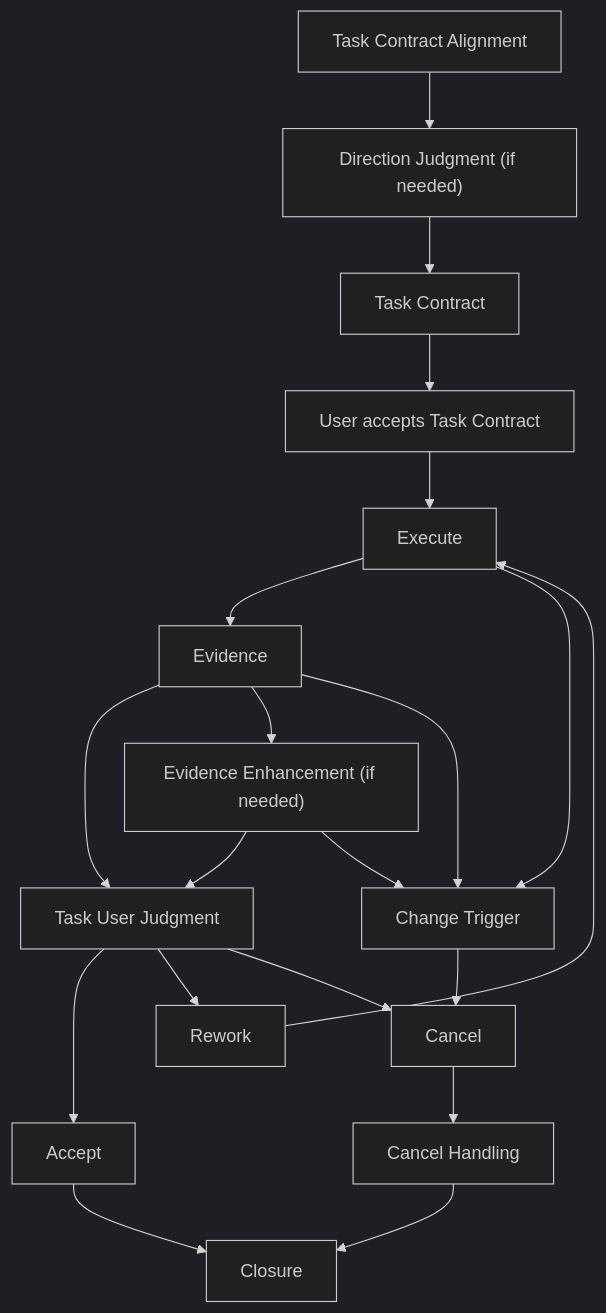
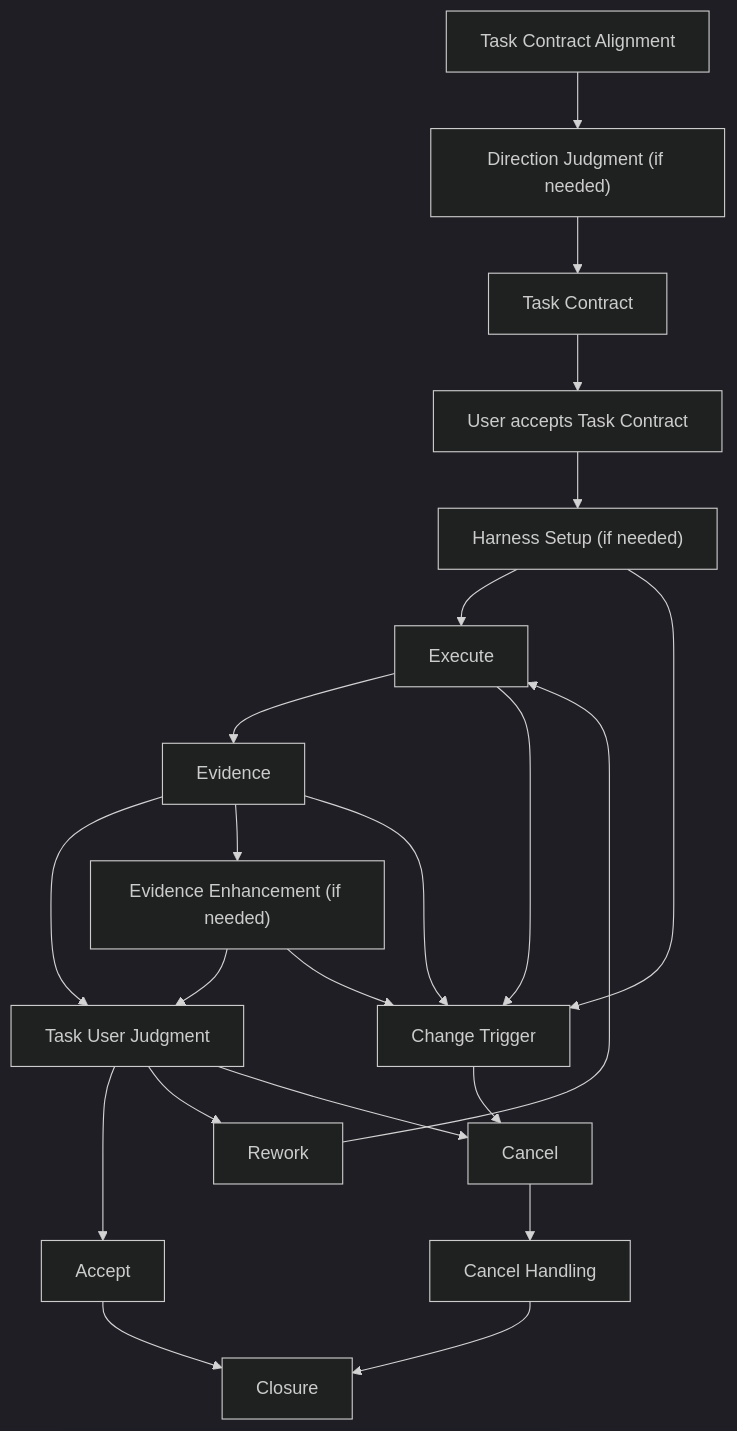
One commit to choam2426/Geas changed the diagram in docs/workflow/task.md. Above: the diagram before and after it, drawn with Mermaid (dark theme). The commit also changed other lines of this file and 5 other files, not shown here.

Commit message:
Add harness setup workflow

````diff
--- a/docs/workflow/task.md
+++ b/docs/workflow/task.md
@@ -36,26 +39,28 @@
 ```mermaid
 flowchart TD
   align["Task Contract Alignment"] --> direction["Direction Judgment (if needed)"]
   direction --> contract["Task Contract"]
   contract --> contractAccept["User accepts Task Contract"]
-  contractAccept --> execute["Execute"]
+  contractAccept --> harness["Harness Setup (if needed)"]
+  harness --> execute["Execute"]
   execute --> evidence["Evidence"]
   evidence --> judgment["Task User Judgment"]
   evidence --> evidenceEnhance["Evidence Enhancement (if needed)"]
   evidenceEnhance --> judgment["Task User Judgment"]
 
   judgment --> accept["Accept"]
   accept --> closure["Closure"]
 
   judgment --> rework["Rework"]
   rework --> execute
 
   judgment --> cancel["Cancel"]
   cancel --> cancelHandling["Cancel Handling"]
   cancelHandling --> closure
 
   execute --> changeTrigger["Change Trigger"]
+  harness --> changeTrigger
   evidence --> changeTrigger
   evidenceEnhance --> changeTrigger
   changeTrigger --> cancel
 ```
````
